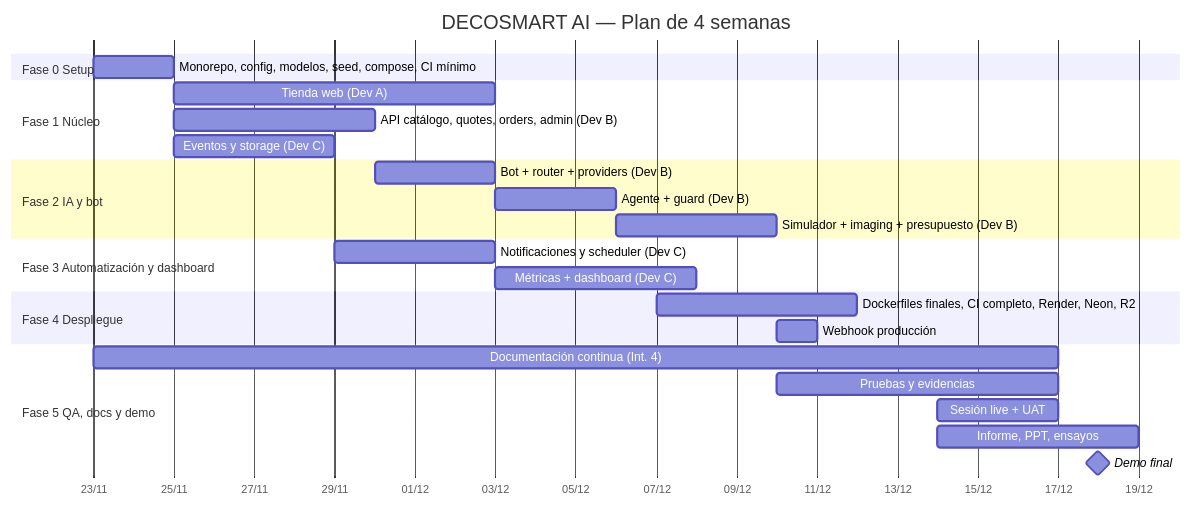
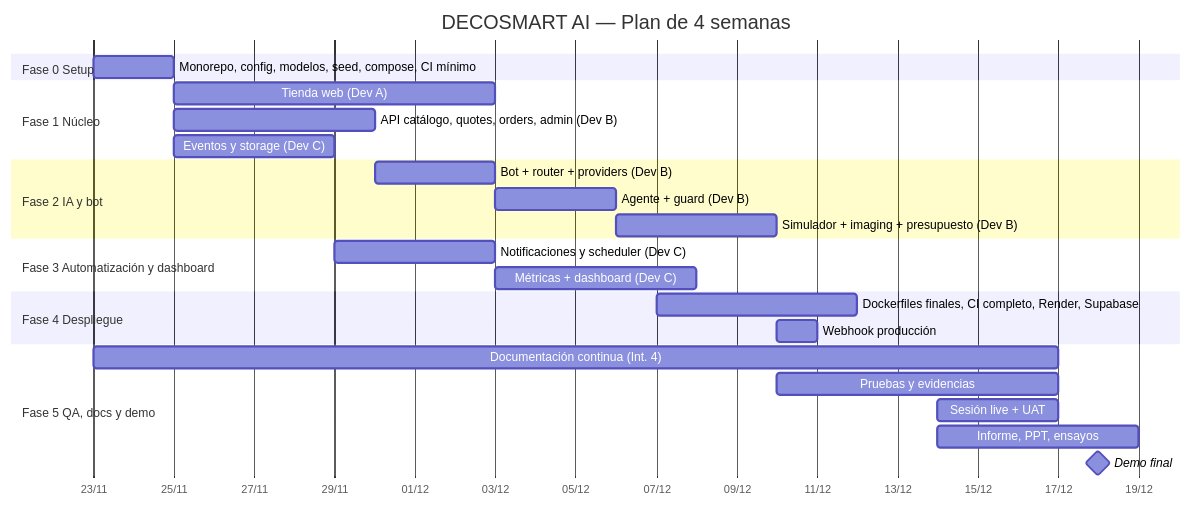
One commit to UtpProyectos/decosmart-ai changed the diagram in docs/11-backlog-equipo.md. Above: the diagram before and after it, drawn with Mermaid. The commit also changed other lines of this file and 10 other files, not shown here.

Commit message:
docs: migrar referencias de Neon/R2 a Supabase

````diff
--- a/docs/11-backlog-equipo.md
+++ b/docs/11-backlog-equipo.md
@@ -107,28 +107,28 @@
 ```mermaid
 gantt
     title DECOSMART AI — Plan de 4 semanas
     dateFormat  YYYY-MM-DD
     axisFormat  %d/%m
     section Fase 0 Setup
     Monorepo, config, modelos, seed, compose, CI mínimo :f0, 2026-11-23, 2d
     section Fase 1 Núcleo
     Tienda web (Dev A)                     :f1a, after f0, 8d
     API catálogo, quotes, orders, admin (Dev B) :f1b, after f0, 5d
     Eventos y storage (Dev C)              :f1c, after f0, 4d
     section Fase 2 IA y bot
     Bot + router + providers (Dev B)       :f2a, after f1b, 3d
     Agente + guard (Dev B)                 :f2b, after f2a, 3d
     Simulador + imaging + presupuesto (Dev B) :f2c, after f2b, 4d
     section Fase 3 Automatización y dashboard
     Notificaciones y scheduler (Dev C)     :f3a, after f1c, 4d
     Métricas + dashboard (Dev C)           :f3b, after f3a, 5d
     section Fase 4 Despliegue
-    Dockerfiles finales, CI completo, Render, Neon, R2 :f4, 2026-12-07, 5d
+    Dockerfiles finales, CI completo, Render, Supabase :f4, 2026-12-07, 5d
     Webhook producción                     :f4b, after f2c, 1d
     section Fase 5 QA, docs y demo
     Documentación continua (Int. 4)        :f5a, 2026-11-23, 24d
     Pruebas y evidencias                   :f5b, 2026-12-10, 7d
     Sesión live + UAT                      :f5c, 2026-12-14, 3d
     Informe, PPT, ensayos                  :f5d, 2026-12-14, 5d
     Demo final                             :milestone, 2026-12-18, 0d
 ```
````
